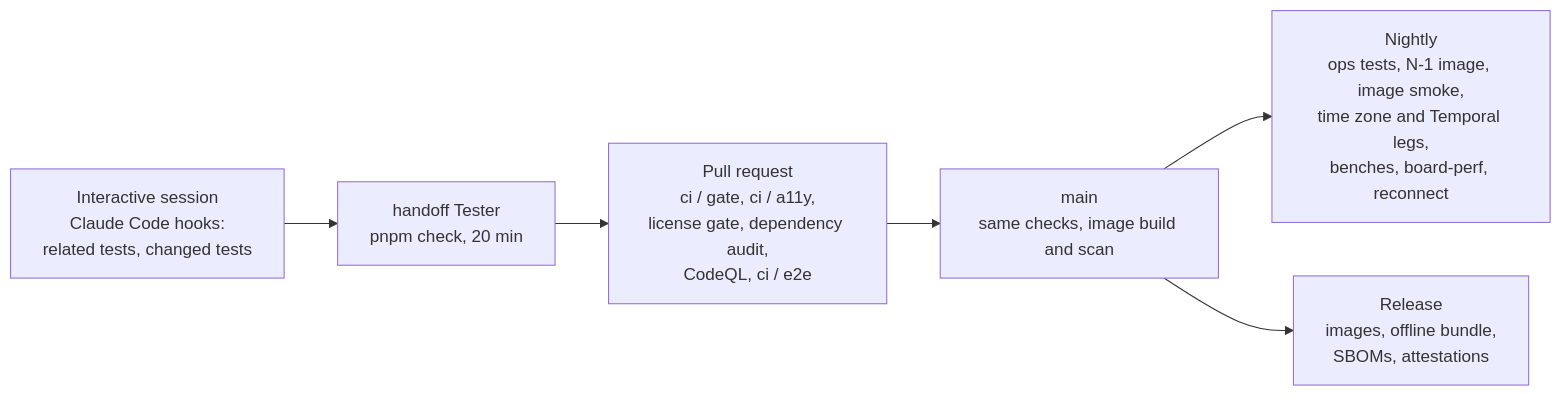
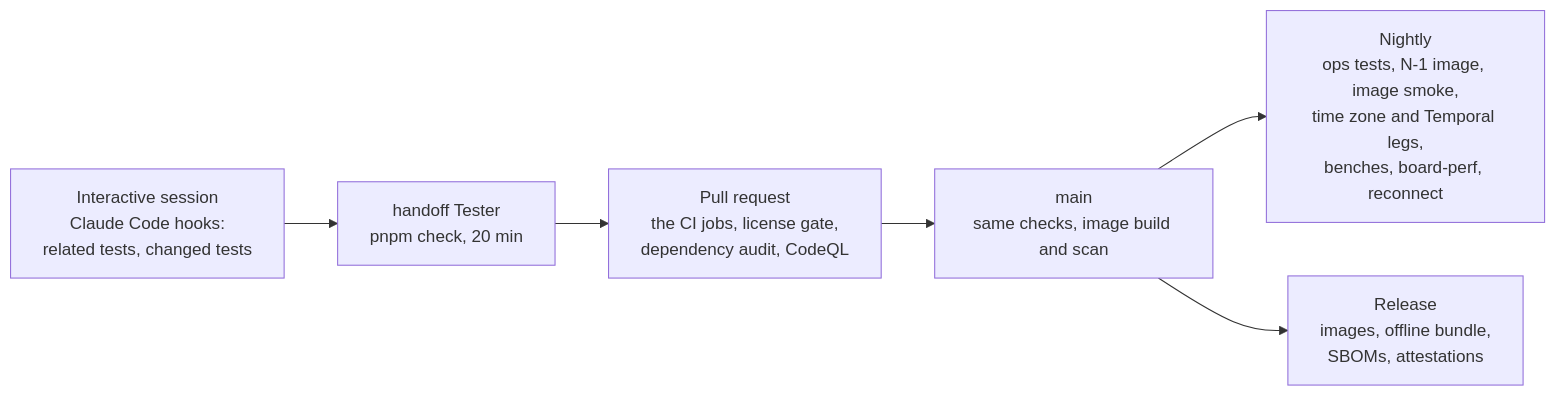
One commit to northMES/northmes changed the second of 2 diagrams in docs/plan/11-quality-and-testing.md. Above: the diagram before and after it, drawn with Mermaid. The commit also changed other lines of this file and 14 other files, not shown here.

````diff
--- a/docs/plan/11-quality-and-testing.md
+++ b/docs/plan/11-quality-and-testing.md
@@ -360,11 +360,11 @@
 ```mermaid
 flowchart LR
   ide["Interactive session<br/>Claude Code hooks:<br/>related tests, changed tests"]
   tester["handoff Tester<br/>pnpm check, 20 min"]
-  pr["Pull request<br/>ci / gate, ci / a11y,<br/>license gate, dependency audit,<br/>CodeQL, ci / e2e"]
+  pr["Pull request<br/>the CI jobs, license gate,<br/>dependency audit, CodeQL"]
   main["main<br/>same checks, image build and scan"]
   nightly["Nightly<br/>ops tests, N-1 image, image smoke,<br/>time zone and Temporal legs,<br/>benches, board-perf, reconnect"]
   release["Release<br/>images, offline bundle,<br/>SBOMs, attestations"]
   ide --> tester --> pr --> main --> nightly
   main --> release
 ```
````
